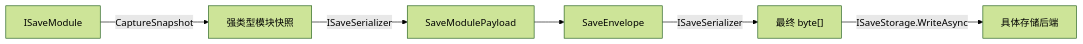
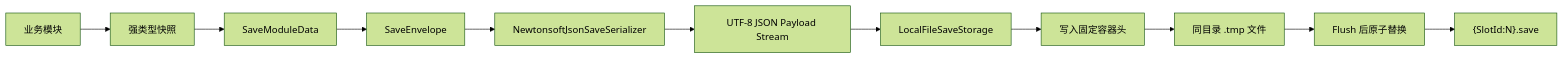
The second of 3 diagrams in Assets/Scripts/SaveSystem/SaveSystemDataContracts_Plan.md (Whitesheeeep/3DRPG), drawn with Mermaid (forest theme) before and after one commit. The commit also changed other lines of this file and 190 other files, not shown here.

````diff
--- a/Assets/Scripts/SaveSystem/SaveSystemDataContracts_Plan.md
+++ b/Assets/Scripts/SaveSystem/SaveSystemDataContracts_Plan.md
@@ -36,8 +364,13 @@
 ```mermaid
 flowchart LR
-    Module["ISaveModule"] -->|CaptureSnapshot| Snapshot["强类型模块快照"]
-    Snapshot -->|ISaveSerializer| Payload["SaveModulePayload"]
-    Payload --> Envelope["SaveEnvelope"]
-    Envelope -->|ISaveSerializer| Bytes["最终 byte[]"]
-    Bytes -->|ISaveStorage.WriteAsync| Storage["具体存储后端"]
+    Module["业务模块"] --> Snapshot["强类型快照"]
+    Snapshot --> ModuleData["SaveModuleData"]
+    ModuleData --> Envelope["SaveEnvelope"]
+    Envelope --> Serializer["NewtonsoftJsonSaveSerializer"]
+    Serializer --> Payload["UTF-8 JSON Payload Stream"]
+    Payload --> Storage["LocalFileSaveStorage"]
+    Storage --> Header["写入固定容器头"]
+    Header --> Temp["同目录 .tmp 文件"]
+    Temp --> Commit["Flush 后原子替换"]
+    Commit --> File["{SlotId:N}.save"]
 ```
````
